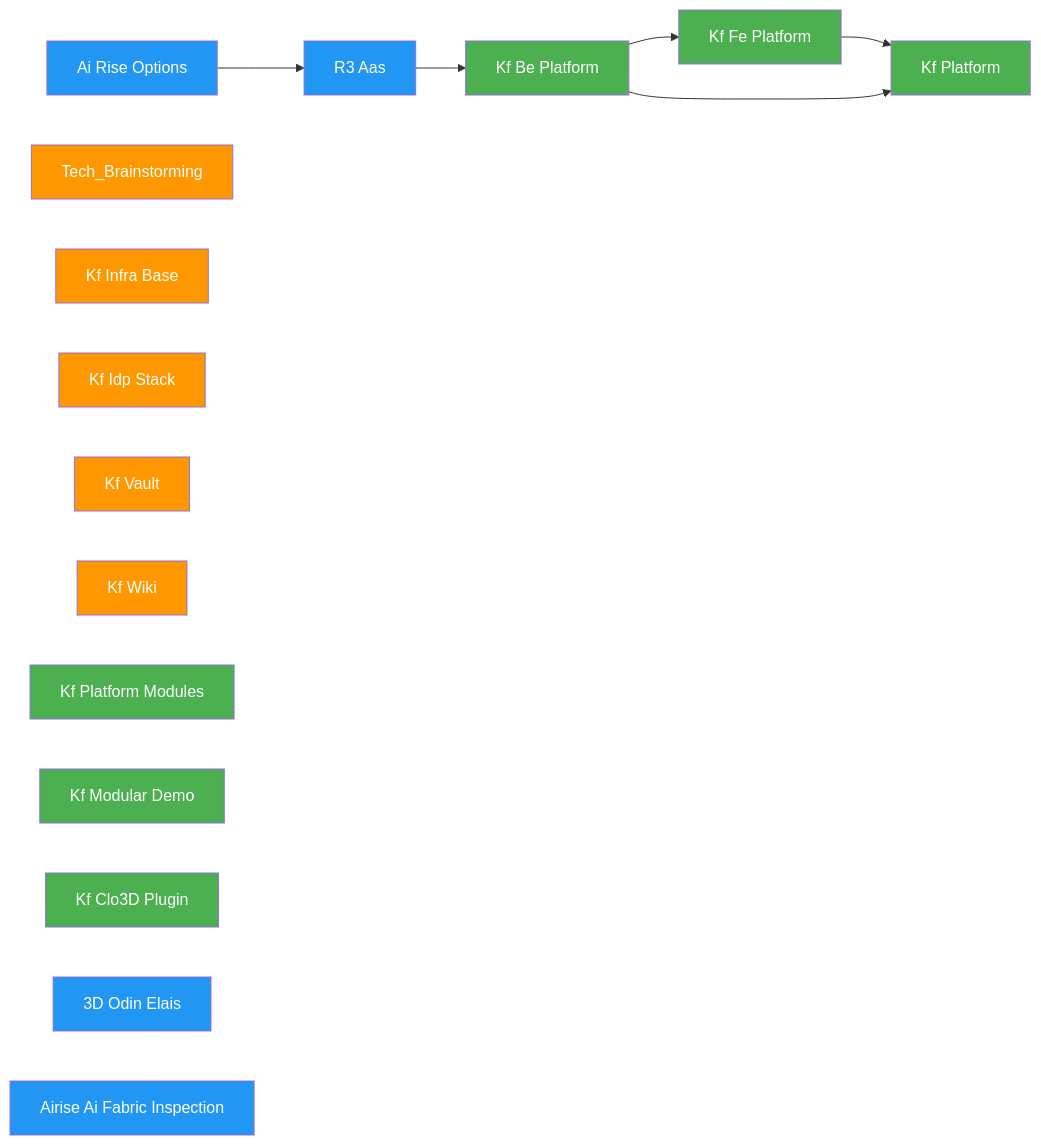
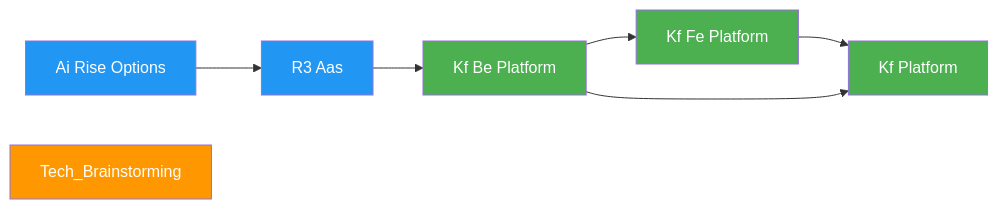
Before and after one commit to Katty-Fashion/kf-cpto: the diagram in docs/dependency-graph.md, drawn with Mermaid. The commit also changed other lines of this file and 18 other files, not shown here.

````diff
--- a/docs/dependency-graph.md
+++ b/docs/dependency-graph.md
@@ -10,27 +10,18 @@
 ```mermaid
 graph LR
     R3_AAS["R3 Aas"]:::eu
     ai_rise_options["Ai Rise Options"]:::eu
     kf_be_platform["Kf Be Platform"]:::saas
     kf_fe_platform["Kf Fe Platform"]:::saas
     kf_platform["Kf Platform"]:::saas
     tech_brainstorming["Tech_Brainstorming"]:::internal
-    kf_infra_base["Kf Infra Base"]:::internal
-    kf_idp_stack["Kf Idp Stack"]:::internal
-    kf_vault["Kf Vault"]:::internal
-    kf_wiki["Kf Wiki"]:::internal
-    kf_platform_modules["Kf Platform Modules"]:::saas
-    kf_modular_demo["Kf Modular Demo"]:::saas
-    kf_clo3d_plugin["Kf Clo3D Plugin"]:::saas
-    n_3D_ODIN_ELAIS["3D Odin Elais"]:::eu
-    AIRise_ai_fabric_inspection["Airise Ai Fabric Inspection"]:::eu
     ai_rise_options --> R3_AAS
     R3_AAS --> kf_be_platform
     kf_be_platform --> kf_fe_platform
     kf_fe_platform --> kf_platform
     kf_be_platform --> kf_platform
 
     classDef saas fill:#4CAF50,color:#fff
     classDef eu fill:#2196F3,color:#fff
     classDef internal fill:#FF9800,color:#fff
 ```
````
